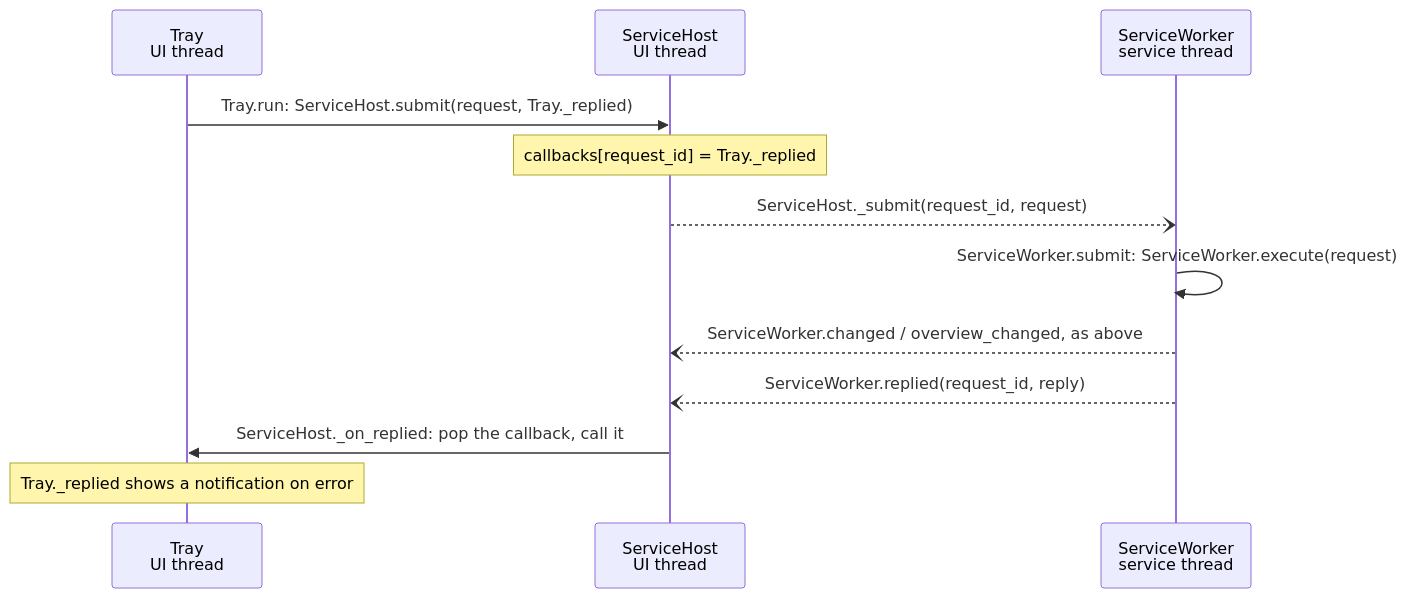
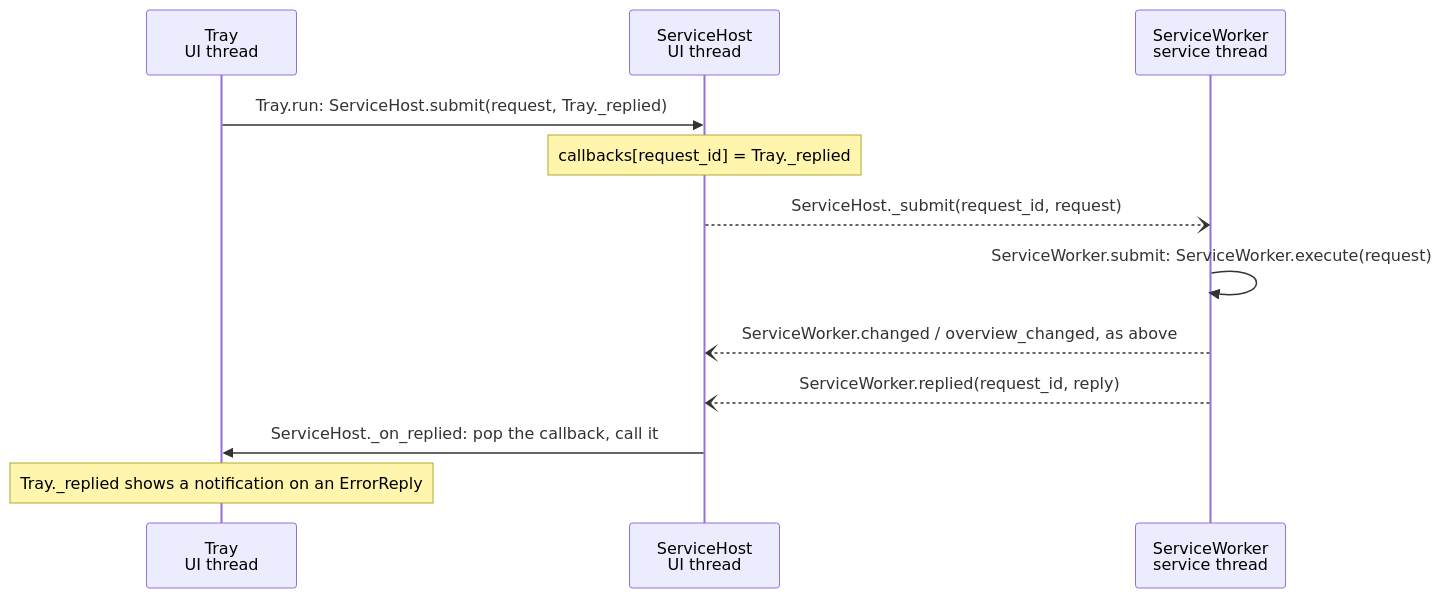
The third of 5 diagrams in docs/app-wiring.md (cheshire0xff/wallpaper_py), drawn with Mermaid before and after one commit. The commit also changed other lines of this file and 39 other files, not shown here.

````diff
--- a/docs/app-wiring.md
+++ b/docs/app-wiring.md
@@ -145,15 +185,15 @@
 ```mermaid
 sequenceDiagram
     participant Tr as Tray<br/>UI thread
     participant H as ServiceHost<br/>UI thread
     participant W as ServiceWorker<br/>service thread
 
     Tr->>H: Tray.run: ServiceHost.submit(request, Tray._replied)
     Note over H: callbacks[request_id] = Tray._replied
     H--)W: ServiceHost._submit(request_id, request)
     W->>W: ServiceWorker.submit: ServiceWorker.execute(request)
     W--)H: ServiceWorker.changed / overview_changed, as above
     W--)H: ServiceWorker.replied(request_id, reply)
     H->>Tr: ServiceHost._on_replied: pop the callback, call it
-    Note over Tr: Tray._replied shows a notification on error
+    Note over Tr: Tray._replied shows a notification on an ErrorReply
 ```
````
